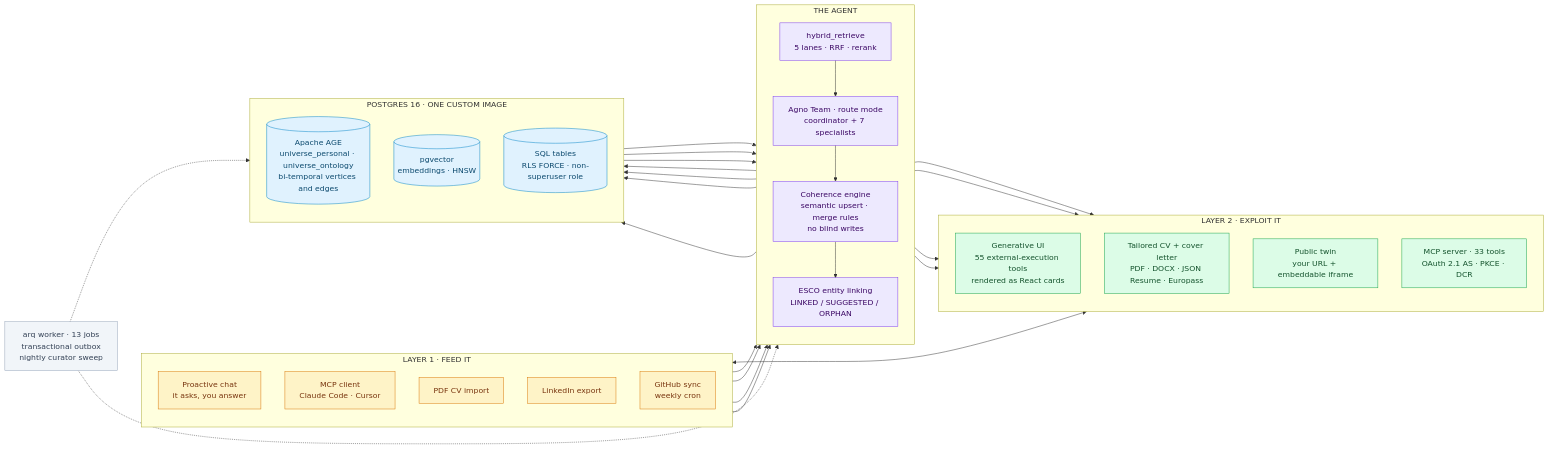
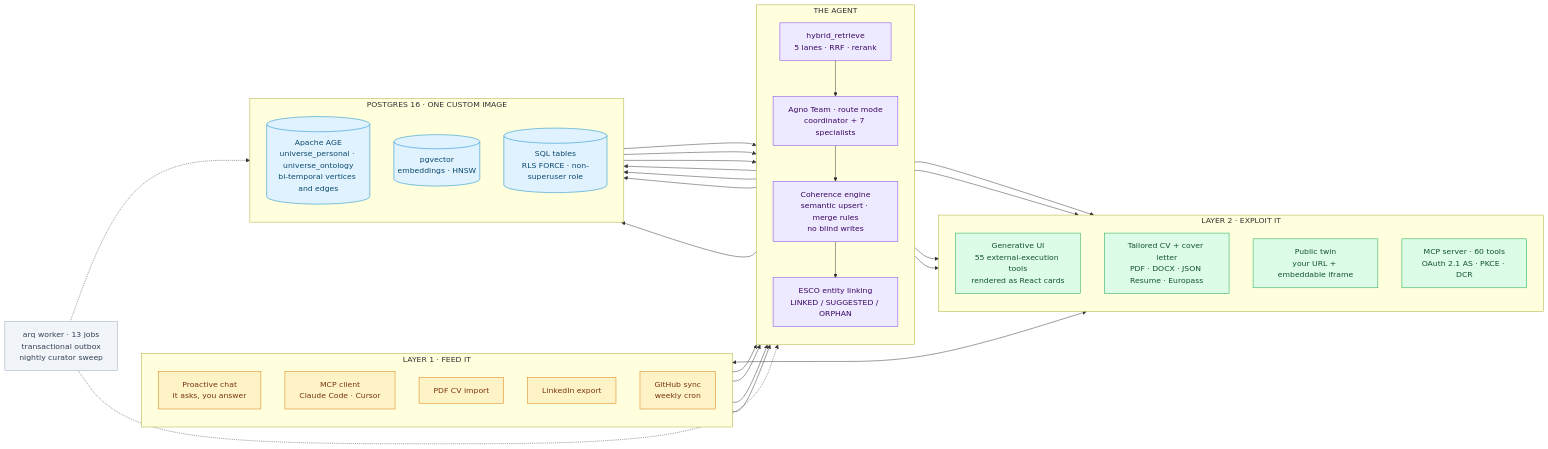
The first of 3 diagrams in README.md (Jorge-Medina-Diaz/universo-profesional), drawn with Mermaid before and after one commit. The commit also changed other lines of this file and 40 other files, not shown here.

````diff
--- a/README.md
+++ b/README.md
@@ -57,74 +57,74 @@
 ```mermaid
 flowchart LR
     subgraph FEED["LAYER 1 · FEED IT"]
         direction TB
         CHAT["Proactive chat<br/>it asks, you answer"]
         MCPIN["MCP client<br/>Claude Code · Cursor"]
         PDFIN["PDF CV import"]
         LIIN["LinkedIn export"]
         GHIN["GitHub sync<br/>weekly cron"]
     end
 
     subgraph BRAIN["THE AGENT"]
         direction TB
         TEAM["Agno Team · route mode<br/>coordinator + 7 specialists"]
         COH["Coherence engine<br/>semantic upsert · merge rules<br/>no blind writes"]
         ESCO["ESCO entity linking<br/>LINKED / SUGGESTED / ORPHAN"]
         RET["hybrid_retrieve<br/>5 lanes · RRF · rerank"]
     end
 
     subgraph STORE["POSTGRES 16 · ONE CUSTOM IMAGE"]
         direction TB
         AGE[("Apache AGE<br/>universe_personal · universe_ontology<br/>bi-temporal vertices and edges")]
         VEC[("pgvector<br/>embeddings · HNSW")]
         SQL[("SQL tables<br/>RLS FORCE · non-superuser role")]
     end
 
     subgraph OUT["LAYER 2 · EXPLOIT IT"]
         direction TB
         GENUI["Generative UI<br/>55 external-execution tools<br/>rendered as React cards"]
         DOCS["Tailored CV + cover letter<br/>PDF · DOCX · JSON Resume · Europass"]
         TWIN["Public twin<br/>your URL + embeddable iframe"]
-        MCPS["MCP server · 33 tools<br/>OAuth 2.1 AS · PKCE · DCR"]
+        MCPS["MCP server · 60 tools<br/>OAuth 2.1 AS · PKCE · DCR"]
     end
 
     WORKER["arq worker · 13 jobs<br/>transactional outbox<br/>nightly curator sweep"]
 
     CHAT --> TEAM
     PDFIN --> COH
     LIIN --> COH
     GHIN --> COH
     MCPIN <--> MCPS
 
     TEAM --> COH
     COH --> ESCO
     COH --> SQL
     ESCO --> AGE
     COH --> AGE
     COH --> VEC
 
     AGE --> RET
     VEC --> RET
     SQL --> RET
     RET --> TEAM
 
     TEAM --> GENUI
     RET --> DOCS
     RET --> TWIN
     RET --> MCPS
 
     WORKER -.-> COH
     WORKER -.-> VEC
 
     classDef feed fill:#fef3c7,stroke:#d97706,color:#78350f
     classDef brain fill:#ede9fe,stroke:#7c3aed,color:#3b0764
     classDef store fill:#e0f2fe,stroke:#0284c7,color:#0c4a6e
     classDef out fill:#dcfce7,stroke:#16a34a,color:#14532d
     classDef bg fill:#f1f5f9,stroke:#94a3b8,color:#334155
 
     class CHAT,MCPIN,PDFIN,LIIN,GHIN feed
     class TEAM,COH,ESCO,RET brain
     class AGE,VEC,SQL store
     class GENUI,DOCS,TWIN,MCPS out
     class WORKER bg
 ```
````
